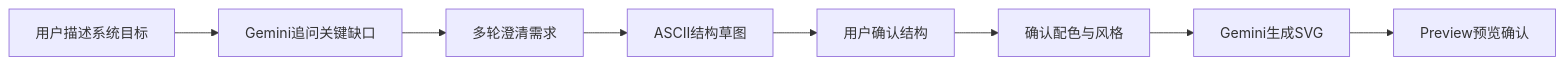
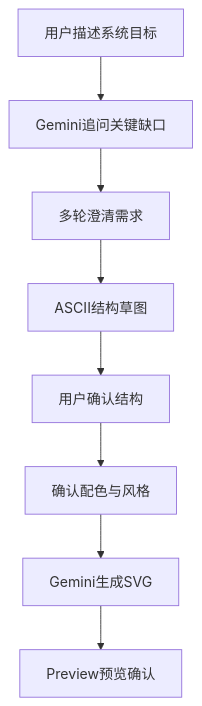
The diagram in docs/modules/module-8-gemini-architecture-diagrams/使用Gemini绘制系统架构图.md (yaungqingdi-sys/ai-learning-in4Weeks), drawn with Mermaid before and after one commit. The commit also changed 8 other files, not shown here.

````diff
--- a/docs/modules/module-8-gemini-architecture-diagrams/使用Gemini绘制系统架构图.md
+++ b/docs/modules/module-8-gemini-architecture-diagrams/使用Gemini绘制系统架构图.md
@@ -23,10 +23,10 @@
 ```mermaid
-flowchart LR
+flowchart TD
     A[用户描述系统目标] --> B[Gemini追问关键缺口]
     B --> C[多轮澄清需求]
     C --> D[ASCII结构草图]
     D --> E[用户确认结构]
     E --> F[确认配色与风格]
     F --> G[Gemini生成SVG]
     G --> H[Preview预览确认]
 ```
````
